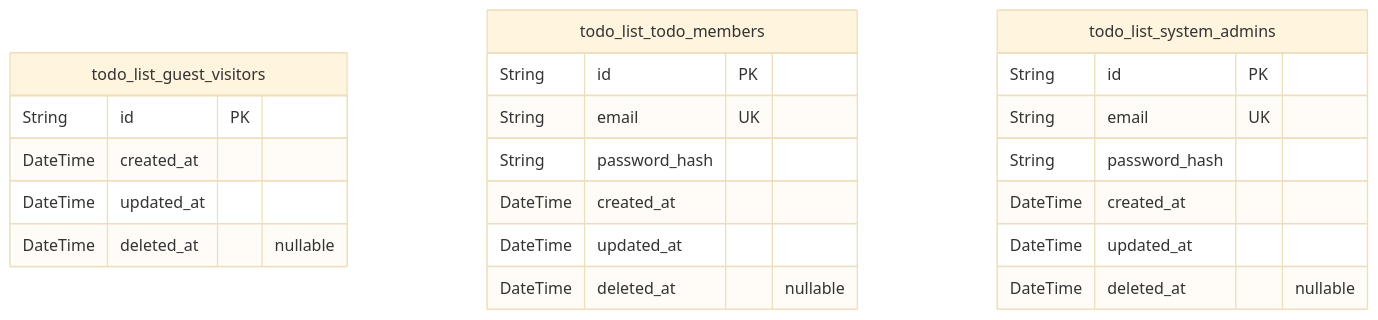
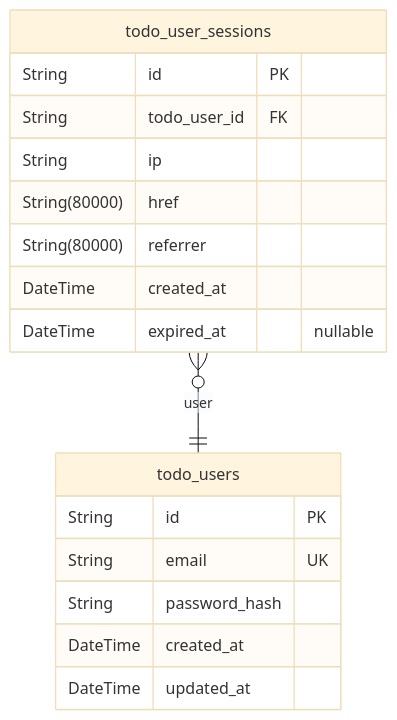
The second of 3 diagrams in openai/gpt-5/todo/docs/ERD.md (wrtnlabs/autobe-examples), drawn with Mermaid (base theme) before and after one commit. The commit also changed other lines of this file and 16146 other files, not shown here.

````diff
--- a/openai/gpt-5/todo/docs/ERD.md
+++ b/openai/gpt-5/todo/docs/ERD.md
@@ -10,25 +90,20 @@
 ```mermaid
 erDiagram
-"todo_list_guest_visitors" {
-  String id PK
-  DateTime created_at
-  DateTime updated_at
-  DateTime deleted_at "nullable"
-}
-"todo_list_todo_members" {
+"todo_users" {
   String id PK
   String email UK
   String password_hash
   DateTime created_at
   DateTime updated_at
-  DateTime deleted_at "nullable"
 }
-"todo_list_system_admins" {
+"todo_user_sessions" {
   String id PK
-  String email UK
-  String password_hash
+  String todo_user_id FK
+  String ip
+  String(80000) href
+  String(80000) referrer
   DateTime created_at
-  DateTime updated_at
-  DateTime deleted_at "nullable"
+  DateTime expired_at "nullable"
 }
+"todo_user_sessions" }o--|| "todo_users" : user
 ```
````
